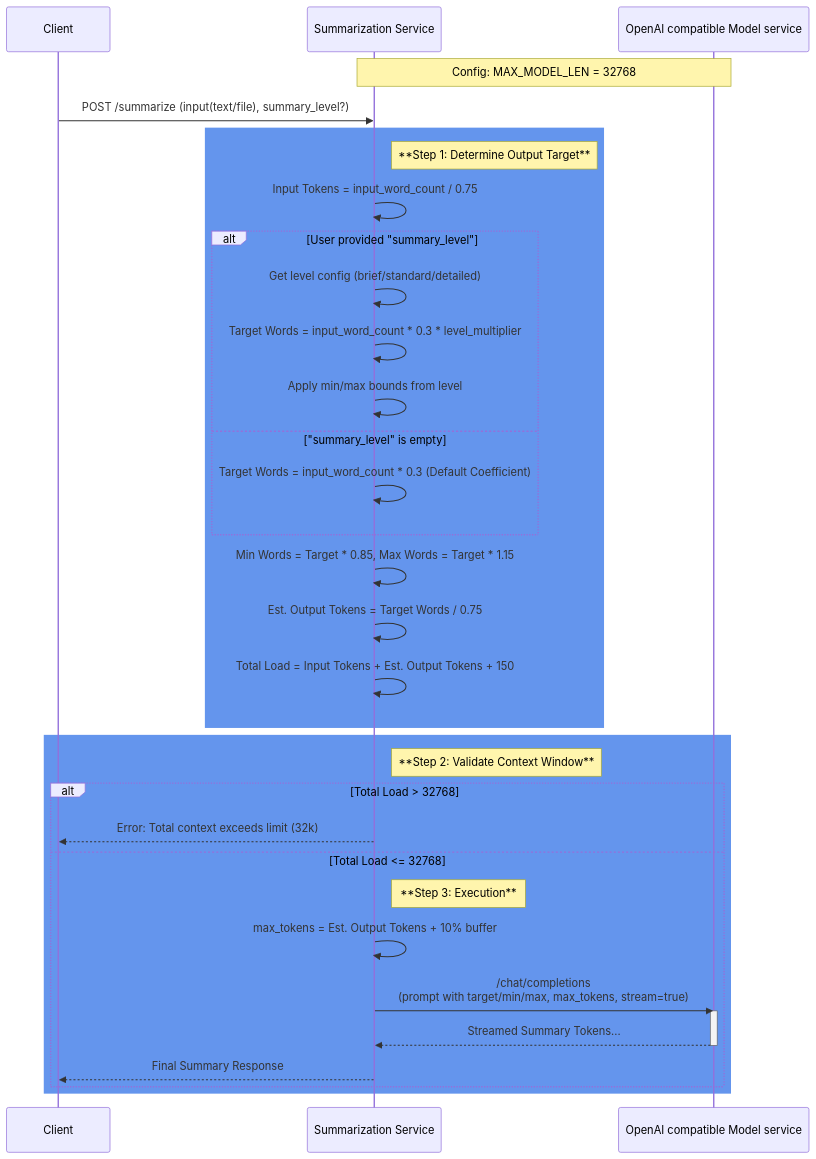
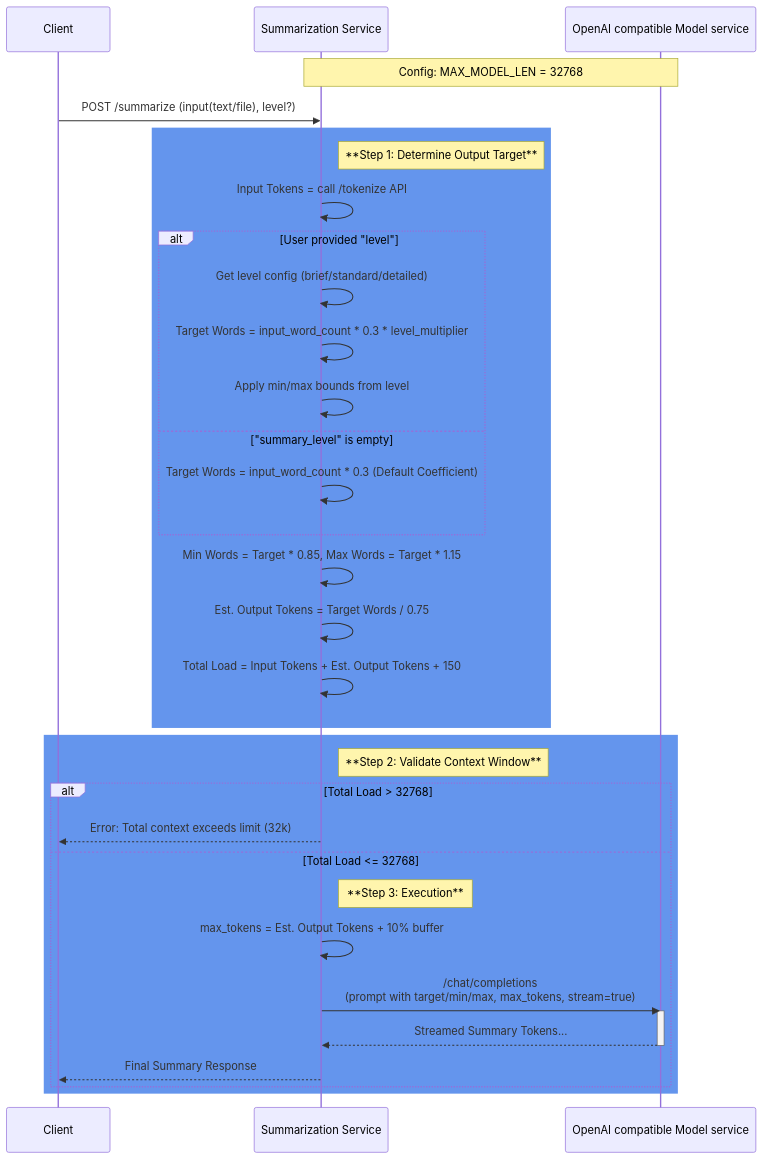
Before and after one commit to IBM/project-ai-services: the fourth of 4 diagrams in docs/proposals/summarization_endpoint_design_doc.md, drawn with Mermaid. The commit also changed other lines of this file, not shown here.

````diff
--- a/docs/proposals/summarization_endpoint_design_doc.md
+++ b/docs/proposals/summarization_endpoint_design_doc.md
@@ -580,43 +595,43 @@
 ```mermaid
 sequenceDiagram
     participant Client
     participant Service as Summarization Service
     participant vLLM as OpenAI compatible Model service
 
     Note over Service, vLLM: Config: MAX_MODEL_LEN = 32768
 
-    Client->>Service: POST /summarize (input(text/file), summary_level?)
+    Client->>Service: POST /summarize (input(text/file), level?)
     
     rect rgb(100, 149, 237)
         note right of Service: **Step 1: Determine Output Target**
-        Service->>Service: Input Tokens = input_word_count / 0.75
+        Service->>Service: Input Tokens = call /tokenize API
         
-        alt User provided "summary_level"
+        alt User provided "level"
             Service->>Service: Get level config (brief/standard/detailed)
             Service->>Service: Target Words = input_word_count * 0.3 * level_multiplier
             Service->>Service: Apply min/max bounds from level
         else "summary_level" is empty
             Service->>Service: Target Words = input_word_count * 0.3 (Default Coefficient)
         end
         
         Service->>Service: Min Words = Target * 0.85, Max Words = Target * 1.15
         Service->>Service: Est. Output Tokens = Target Words / 0.75
         Service->>Service: Total Load = Input Tokens + Est. Output Tokens + 150
     end
 
     rect rgb(100, 149, 237)
         note right of Service: **Step 2: Validate Context Window**
         alt Total Load > 32768
             Service-->>Client: Error: Total context exceeds limit (32k)
         else Total Load <= 32768
             note right of Service: **Step 3: Execution**
             Service->>Service: max_tokens = Est. Output Tokens + 10% buffer
             
             Service->>vLLM: /chat/completions<br/>(prompt with target/min/max, max_tokens, stream=true)
             activate vLLM
             vLLM-->>Service: Streamed Summary Tokens...
             deactivate vLLM
             Service-->>Client: Final Summary Response
         end
     end
 ```
````
